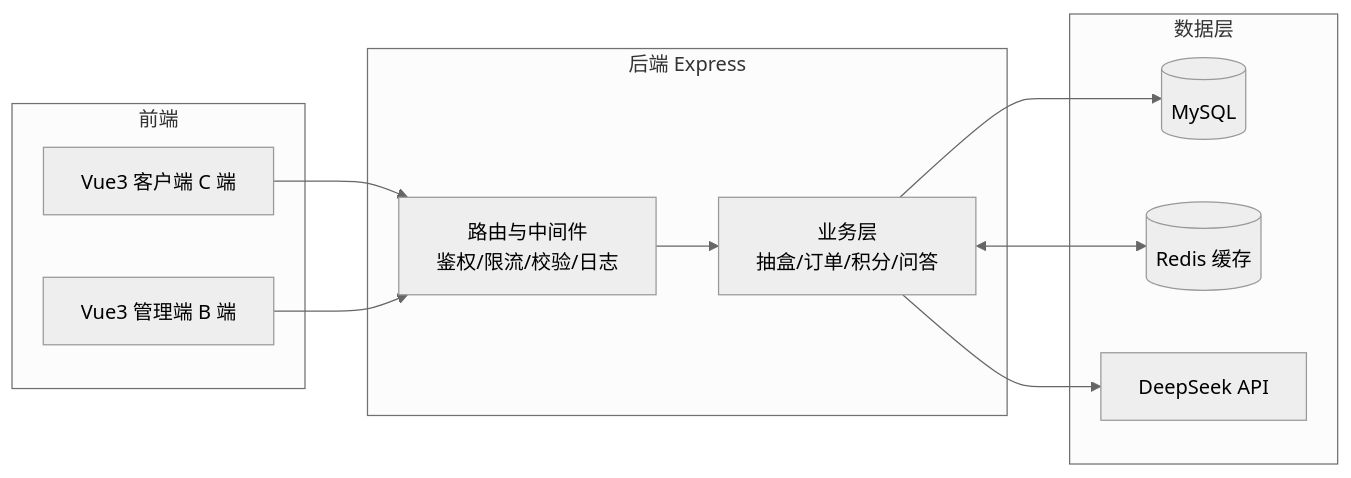
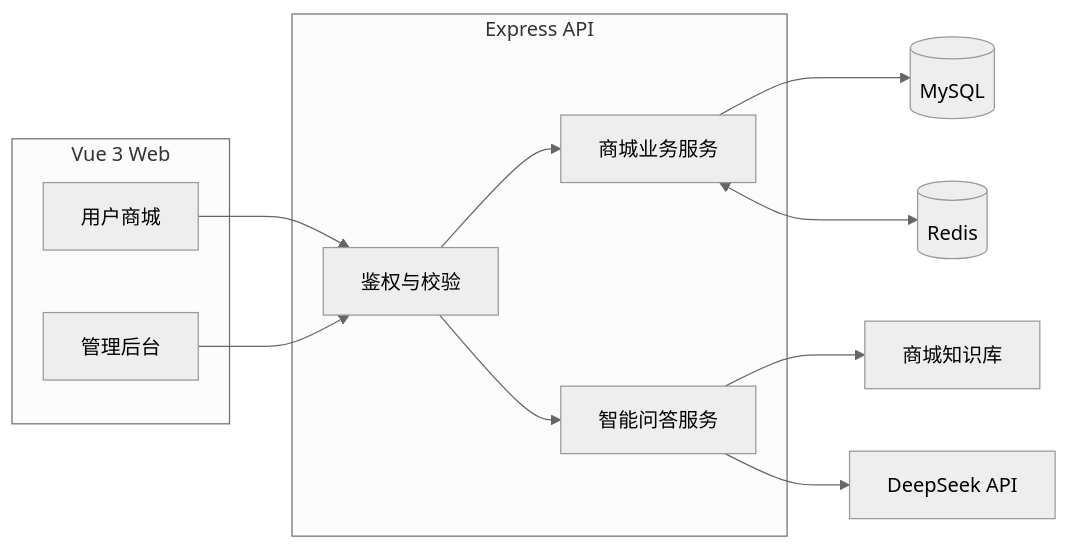
The diagram in README.md (xiaoli50823/new_shop), drawn with Mermaid (neutral theme) before and after one commit. The commit also changed other lines of this file and 15 other files, not shown here.

````diff
--- a/README.md
+++ b/README.md
@@ -91,22 +36,20 @@
 ```mermaid
 flowchart LR
-  subgraph 前端
-    C[Vue3 客户端 C 端]
-    A[Vue3 管理端 B 端]
+  subgraph Web[Vue 3 Web]
+    C[用户商城]
+    A[管理后台]
   end
-  subgraph 后端 Express
-    R[路由与中间件<br/>鉴权/限流/校验/日志]
-    BZ[业务层<br/>抽盒/订单/积分/问答]
+  subgraph API[Express API]
+    M[鉴权与校验]
+    S[商城业务服务]
+    Q[智能问答服务]
   end
-  subgraph 数据层
-    M[(MySQL)]
-    RD[(Redis 缓存)]
-    DS[DeepSeek API]
-  end
-  C --> R
-  A --> R
-  R --> BZ
-  BZ --> M
-  BZ <--> RD
-  BZ --> DS
+  C --> M
+  A --> M
+  M --> S
+  M --> Q
+  S --> DB[(MySQL)]
+  S <--> R[(Redis)]
+  Q --> K[商城知识库]
+  Q --> L[DeepSeek API]
 ```
````
